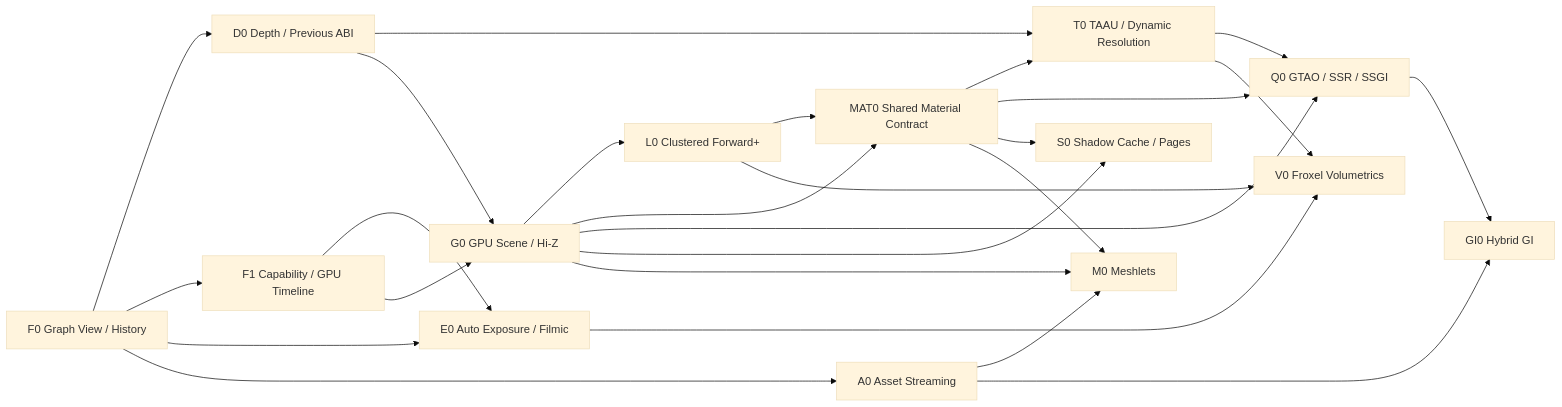
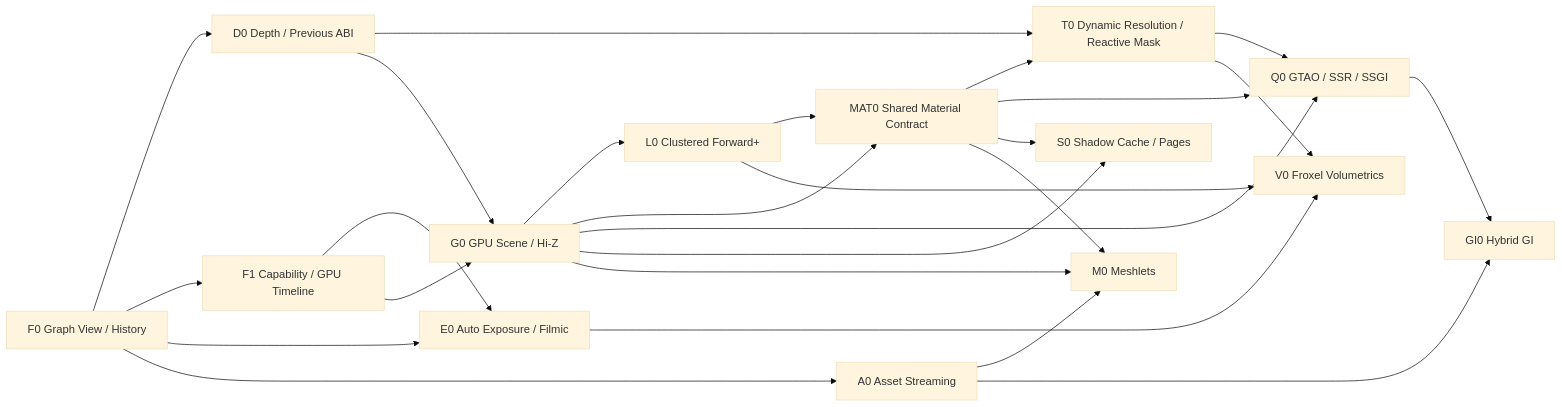
The third of 3 diagrams in documentation/MODERN_WEBGPU_RENDERING_ROADMAP.md (hiloteam/Hilo3d), drawn with Mermaid (base theme) before and after one commit. The commit also changed other lines of this file and 19 other files, not shown here.

````diff
--- a/documentation/MODERN_WEBGPU_RENDERING_ROADMAP.md
+++ b/documentation/MODERN_WEBGPU_RENDERING_ROADMAP.md
@@ -750,28 +755,28 @@
 ```mermaid
 flowchart LR
   F0["F0 Graph View / History"] --> D0["D0 Depth / Previous ABI"]
   F0 --> F1["F1 Capability / GPU Timeline"]
   F0 --> E0["E0 Auto Exposure / Filmic"]
   F1 --> E0
-  D0 --> T0["T0 TAAU / Dynamic Resolution"]
+  D0 --> T0["T0 Dynamic Resolution / Reactive Mask"]
   D0 --> G0["G0 GPU Scene / Hi-Z"]
   F1 --> G0
   G0 --> L0["L0 Clustered Forward+"]
   G0 --> MAT0["MAT0 Shared Material Contract"]
   L0 --> MAT0
   MAT0 --> T0
   T0 --> Q0["Q0 GTAO / SSR / SSGI"]
   G0 --> Q0
   MAT0 --> Q0
   G0 --> S0["S0 Shadow Cache / Pages"]
   MAT0 --> S0
   L0 --> V0["V0 Froxel Volumetrics"]
   T0 --> V0
   E0 --> V0
   F0 --> A0["A0 Asset Streaming"]
   G0 --> M0["M0 Meshlets"]
   MAT0 --> M0
   A0 --> M0
   Q0 --> GI0["GI0 Hybrid GI"]
   A0 --> GI0
 ```
````
